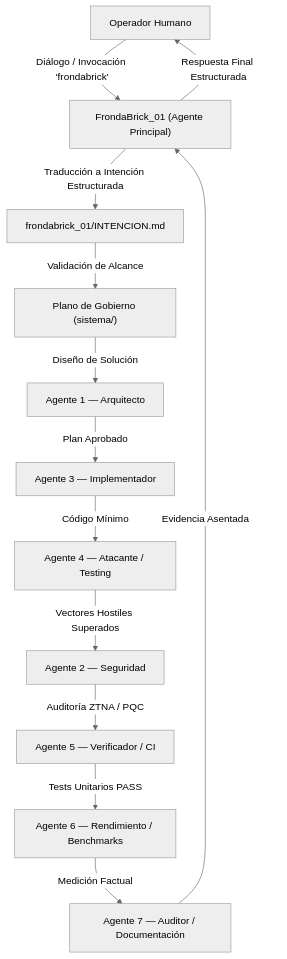
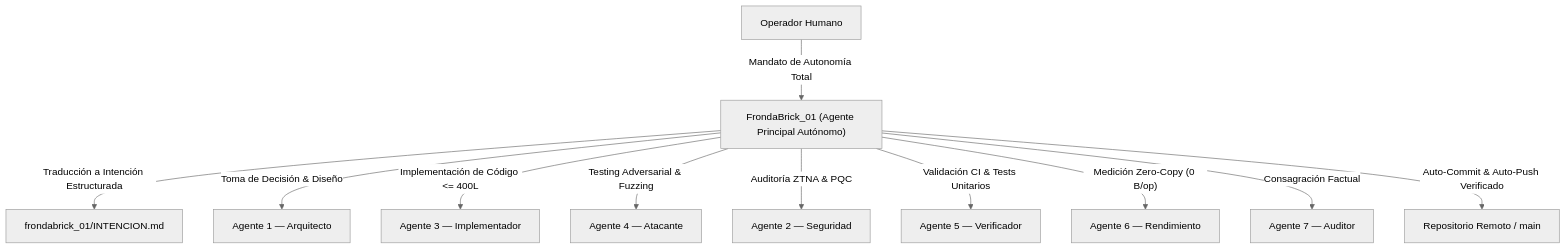
One commit to galleguillosdavid-coder/ipvn7_0.7 changed the diagram in agentes/Frondabrick01/AGENTE.md. Above: the diagram before and after it, drawn with Mermaid (neutral theme). The commit also changed other lines of this file and 5 other files, not shown here.

Commit message:
chore(governance): ratify permanent total autonomy mandate for FrondaBrick_01

````diff
--- a/agentes/Frondabrick01/AGENTE.md
+++ b/agentes/Frondabrick01/AGENTE.md
@@ -38,15 +40,13 @@
 ```mermaid
 graph TD
-    User["Operador Humano"] -->|"Diálogo / Invocación 'frondabrick'"| FB["FrondaBrick_01 (Agente Principal)"]
+    User["Operador Humano"] -->|"Mandato de Autonomía Total"| FB["FrondaBrick_01 (Agente Principal Autónomo)"]
     FB -->|"Traducción a Intención Estructurada"| INT["frondabrick_01/INTENCION.md"]
-    INT -->|"Validación de Alcance"| GOV["Plano de Gobierno (sistema/)"]
-    GOV -->|"Diseño de Solución"| ARQ["Agente 1 — Arquitecto"]
-    ARQ -->|"Plan Aprobado"| IMP["Agente 3 — Implementador"]
-    IMP -->|"Código Mínimo"| ATA["Agente 4 — Atacante / Testing"]
-    ATA -->|"Vectores Hostiles Superados"| SEG["Agente 2 — Seguridad"]
-    SEG -->|"Auditoría ZTNA / PQC"| VER["Agente 5 — Verificador / CI"]
-    VER -->|"Tests Unitarios PASS"| REN["Agente 6 — Rendimiento / Benchmarks"]
-    REN -->|"Medición Factual"| AUD["Agente 7 — Auditor / Documentación"]
-    AUD -->|"Evidencia Asentada"| FB
-    FB -->|"Respuesta Final Estructurada"| User
+    FB -->|"Toma de Decisión & Diseño"| ARQ["Agente 1 — Arquitecto"]
+    FB -->|"Implementación de Código <= 400L"| IMP["Agente 3 — Implementador"]
+    FB -->|"Testing Adversarial & Fuzzing"| ATA["Agente 4 — Atacante"]
+    FB -->|"Auditoría ZTNA & PQC"| SEG["Agente 2 — Seguridad"]
+    FB -->|"Validación CI & Tests Unitarios"| VER["Agente 5 — Verificador"]
+    FB -->|"Medición Zero-Copy (0 B/op)"| REN["Agente 6 — Rendimiento"]
+    FB -->|"Consagración Factual"| AUD["Agente 7 — Auditor"]
+    FB -->|"Auto-Commit & Auto-Push Verificado"| Git["Repositorio Remoto / main"]
 ```
````
